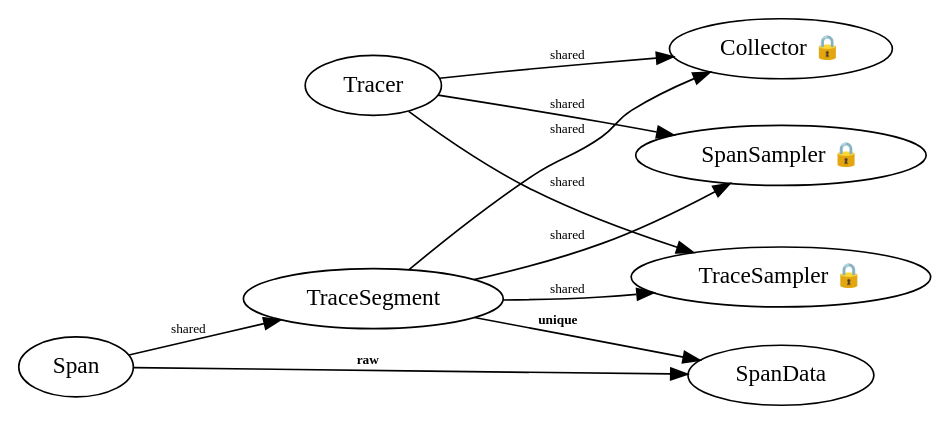
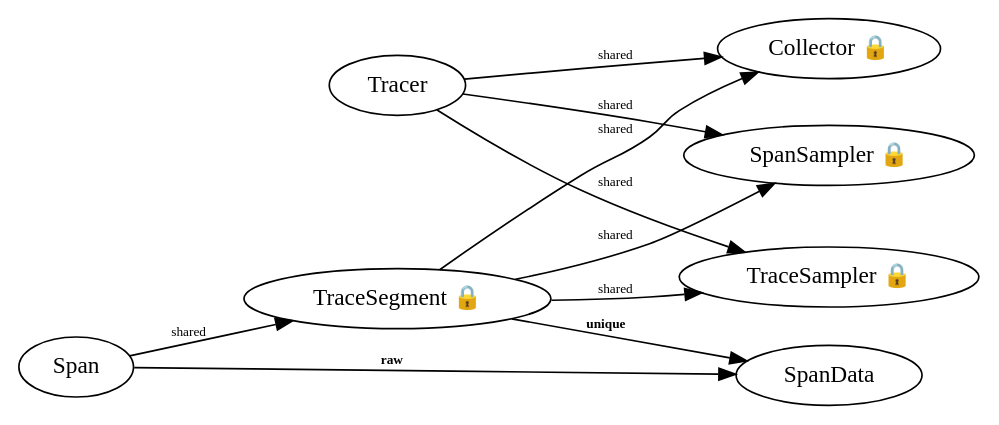
Before and after one commit to DataDog/dd-trace-cpp: the diagram in ownership.dot, drawn with Graphviz. The commit also changed 28 other files, not shown here.

```diff
--- a/ownership.dot
+++ b/ownership.dot
@@ -1,23 +1,23 @@
 # This describes the object ownership relationships among the components
 # in the tracer library.
 #
 # Each vertex (node) is a component, while each edge is a relationship.
 # Edges are labeled by the kind of "smart pointer" that describes the
 # relationship, e.g. "Tracer holds a shared_ptr to SpanSampler," or
 # "Span holds a raw pointer to SpanData."
 #
 digraph {
     rankdir=LR;
     
     Tracer -> "Collector 🔒" [label=" shared", fontsize=8];
     Tracer -> "SpanSampler 🔒" [label=" shared", fontsize=8];
     Tracer -> "TraceSampler 🔒" [label=" shared", fontsize=8];
     
-    Span -> TraceSegment [label=" shared", fontsize=8];
+    Span -> "TraceSegment 🔒" [label=" shared", fontsize=8];
     Span -> SpanData [label=< <B> raw</B> >, fontsize=8];
     
-    TraceSegment -> SpanData [label=< <B> unique</B> >, fontsize=8];
-    TraceSegment -> "Collector 🔒" [label=" shared", fontsize=8];
-    TraceSegment -> "SpanSampler 🔒" [label=" shared", fontsize=8];
-    TraceSegment -> "TraceSampler 🔒" [label=" shared", fontsize=8];
+    "TraceSegment 🔒" -> SpanData [label=< <B> unique</B> >, fontsize=8];
+    "TraceSegment 🔒" -> "Collector 🔒" [label=" shared", fontsize=8];
+    "TraceSegment 🔒" -> "SpanSampler 🔒" [label=" shared", fontsize=8];
+    "TraceSegment 🔒" -> "TraceSampler 🔒" [label=" shared", fontsize=8];
 }
```
